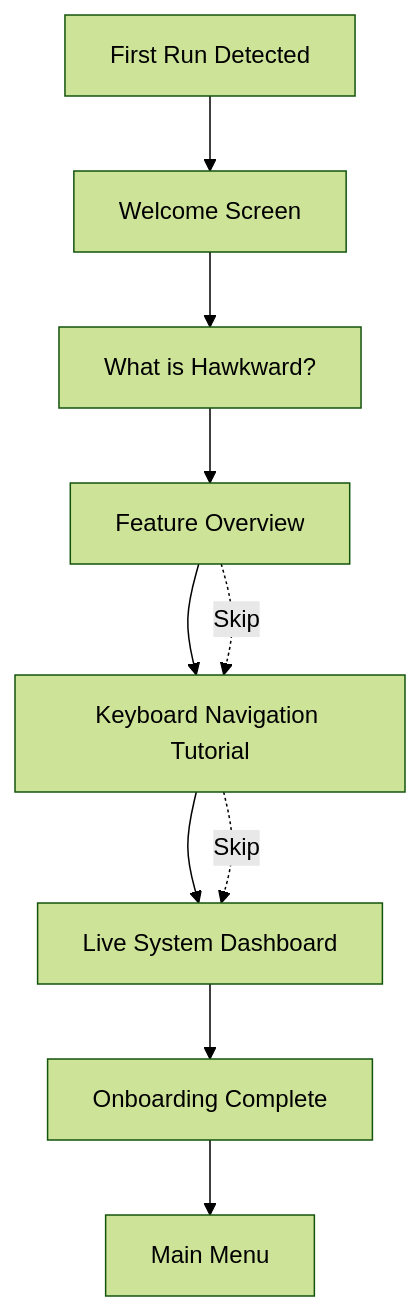
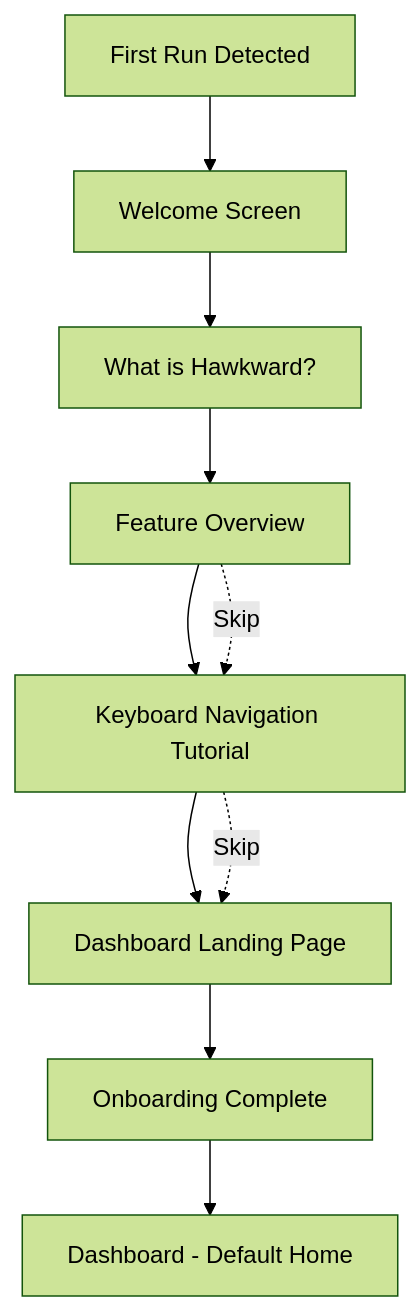
Before and after one commit to shahriarhaqueabir/UniversalOps: the fourth of 4 diagrams in docs/ARCHITECTURE.md, drawn with Mermaid (forest theme). The commit also changed other lines of this file and 9627 other files, not shown here.

````diff
--- a/docs/ARCHITECTURE.md
+++ b/docs/ARCHITECTURE.md
@@ -333,19 +451,19 @@
 ```mermaid
 graph TD
     START[First Run Detected]
     WELCOME[Welcome Screen]
     
     START --> WELCOME
     
     WELCOME --> INTRO[What is Hawkward?]
     INTRO --> FEATURES[Feature Overview]
     FEATURES --> NAV[Keyboard Navigation Tutorial]
-    NAV --> DASHBOARD[Live System Dashboard]
+    NAV --> DASHBOARD[Dashboard Landing Page]
     DASHBOARD --> DONE[Onboarding Complete]
     
-    DONE --> MAINMENU[Main Menu]
+    DONE --> DASHBOARD_MAIN[Dashboard - Default Home]
     
     %% Skippable
     NAV -.->|Skip| DASHBOARD
     FEATURES -.->|Skip| NAV
 ```
````
